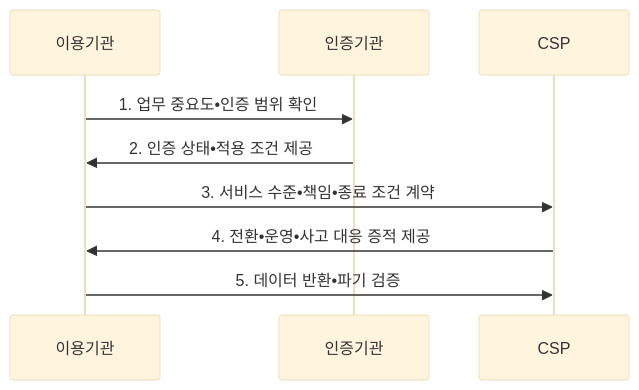
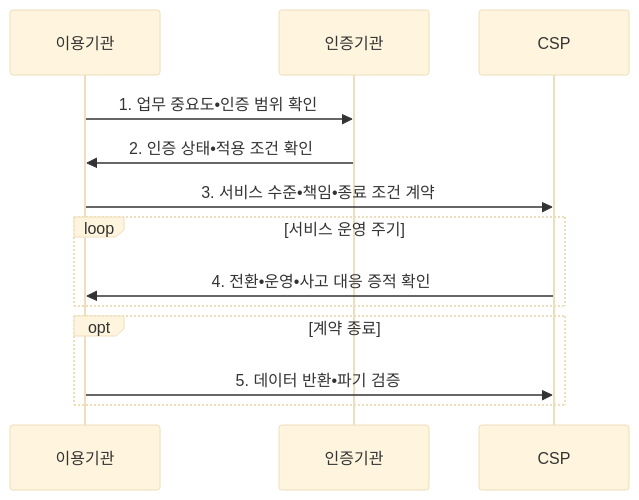
The second of 2 diagrams in src/content/docs/notes/07-law-policy/027_cloud_computing_act.md (agnusdei1207/knowledge-base), drawn with Mermaid (base theme) before and after one commit. The commit also changed other lines of this file and 20 other files, not shown here.

````diff
--- a/src/content/docs/notes/07-law-policy/027_cloud_computing_act.md
+++ b/src/content/docs/notes/07-law-policy/027_cloud_computing_act.md
@@ -100,11 +100,15 @@
 ```mermaid
 sequenceDiagram
     participant 이용기관
     participant 인증기관
     participant CSP
     이용기관->>인증기관: 1. 업무 중요도•인증 범위 확인
-    인증기관->>이용기관: 2. 인증 상태•적용 조건 제공
+    인증기관->>이용기관: 2. 인증 상태•적용 조건 확인
     이용기관->>CSP: 3. 서비스 수준•책임•종료 조건 계약
-    CSP->>이용기관: 4. 전환•운영•사고 대응 증적 제공
-    이용기관->>CSP: 5. 데이터 반환•파기 검증
+    loop 서비스 운영 주기
+        CSP->>이용기관: 4. 전환•운영•사고 대응 증적 확인
+    end
+    opt 계약 종료
+        이용기관->>CSP: 5. 데이터 반환•파기 검증
+    end
 ```
````
